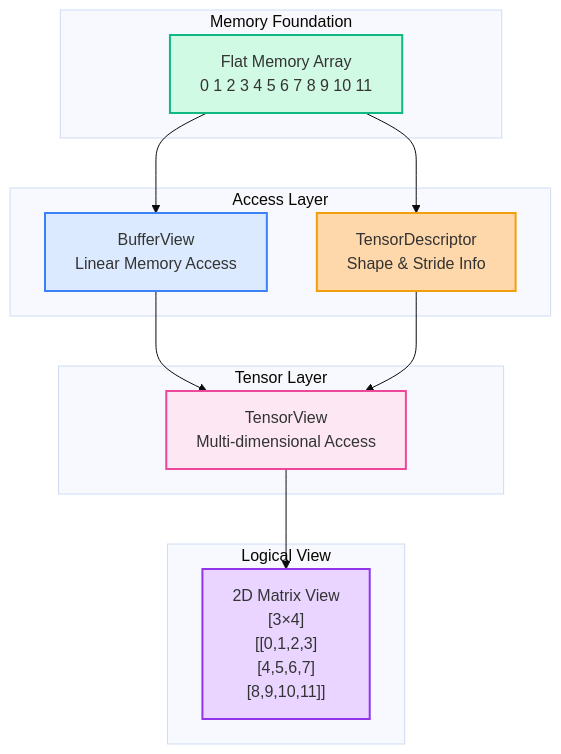
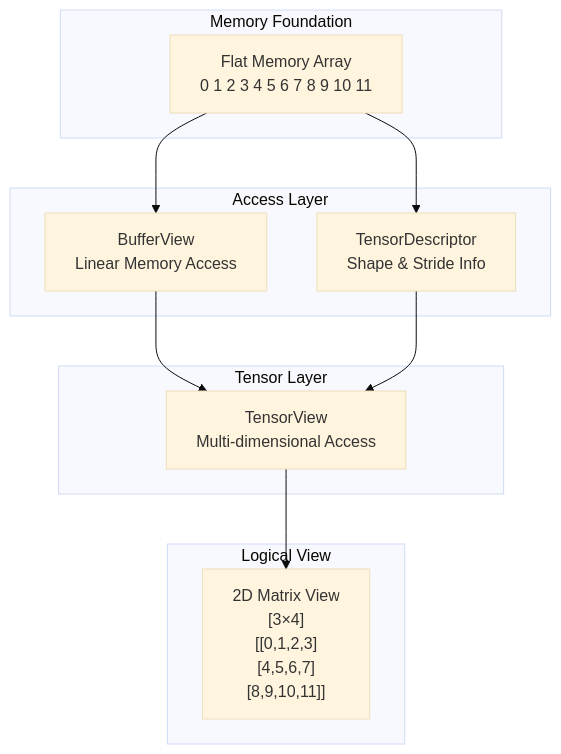
The first of 5 diagrams in projects/composablekernel/docs/conceptual/ck_tile/tensor_views.rst (hdt98/rocm-libraries), drawn with Mermaid (base theme) before and after one commit. The commit also changed other lines of this file and 21 other files, not shown here.

First line of the commit message:
[ck] Updated CK Tile documentation to use mermaid diagrams (#7955)

```diff
--- a/projects/composablekernel/docs/conceptual/ck_tile/tensor_views.rst
+++ b/projects/composablekernel/docs/conceptual/ck_tile/tensor_views.rst
@@ -22,31 +16,25 @@
-      .. mermaid::
-      
-         graph TB
-             subgraph "Memory Foundation"
-                 Memory["Flat Memory Array<br/>0 1 2 3 4 5 6 7 8 9 10 11"]
-             end
-   
-             subgraph "Access Layer"
-                 BufferView["BufferView<br/>Linear Memory Access"]
-                 Descriptor["TensorDescriptor<br/>Shape & Stride Info"]
-             end
-   
-             subgraph "Tensor Layer"
-                 TensorView["TensorView<br/>Multi-dimensional Access"]
-             end
-   
-             subgraph "Logical View"
-                 Matrix["2D Matrix View<br/>[3×4]<br/>[[0,1,2,3]<br/>[4,5,6,7]<br/>[8,9,10,11]]"]
-             end
-   
-             Memory --> BufferView
-             Memory --> Descriptor
-             BufferView --> TensorView
-             Descriptor --> TensorView
-             TensorView --> Matrix
-   
-             style Memory fill:#d1fae5,stroke:#10b981,stroke-width:2px
-             style BufferView fill:#dbeafe,stroke:#3b82f6,stroke-width:2px
-             style Descriptor fill:#fed7aa,stroke:#f59e0b,stroke-width:2px
-             style TensorView fill:#fce7f3,stroke:#ec4899,stroke-width:2px
-             style Matrix fill:#e9d5ff,stroke:#9333ea,stroke-width:2px
+.. mermaid::
+
+   graph TB
+       subgraph "Memory Foundation"
+           Memory["Flat Memory Array<br/>0 1 2 3 4 5 6 7 8 9 10 11"]
+       end
+
+       subgraph "Access Layer"
+           BufferView["BufferView<br/>Linear Memory Access"]
+           Descriptor["TensorDescriptor<br/>Shape & Stride Info"]
+       end
+
+       subgraph "Tensor Layer"
+           TensorView["TensorView<br/>Multi-dimensional Access"]
+       end
+
+       subgraph "Logical View"
+           Matrix["2D Matrix View<br/>[3×4]<br/>[[0,1,2,3]<br/>[4,5,6,7]<br/>[8,9,10,11]]"]
+       end
+
+       Memory --> BufferView
+       Memory --> Descriptor
+       BufferView --> TensorView
+       Descriptor --> TensorView
+       TensorView --> Matrix
```
